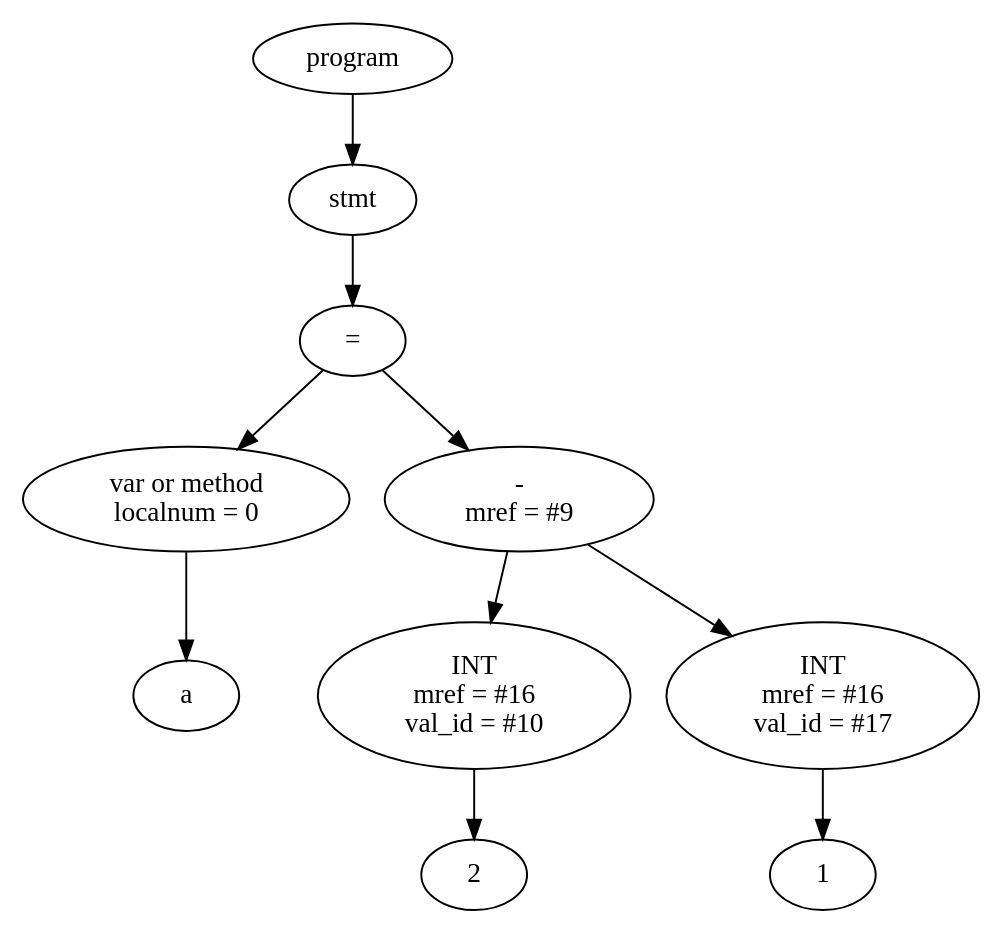
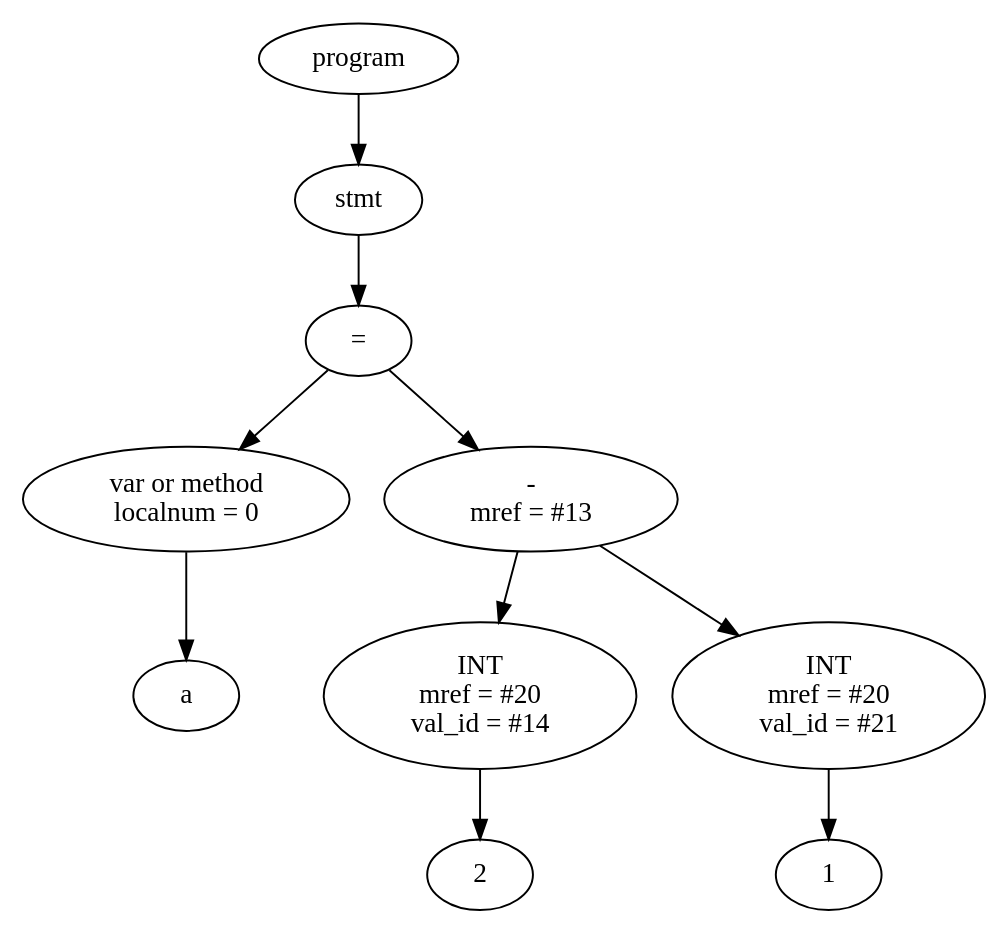
The diagram in RubyCompiler/tree.dot (vitek999/ruby_compiler), drawn with Graphviz before and after one commit. The commit also changed 6 other files, not shown here.

```diff
--- a/RubyCompiler/tree.dot
+++ b/RubyCompiler/tree.dot
@@ -1,21 +1,21 @@
 digraph G {
-Id01143D38 [label="program"]
-Id01143CA8 [label="stmt"]
-Id01143C48 [label="="]
-Id01135178 [label="var or method\n localnum = 0"]
-IdVal01135178 [label="a"]
-Id01135178->IdVal01135178
-Id01143BE8 [label="-\n mref = #9"]
-Id01139CE0 [label="INT\n mref = #16\n val_id = #10"]
-IdVal01139CE0 [label="2"]
-Id01139CE0->IdVal01139CE0
-Id01139D40 [label="INT\n mref = #16\n val_id = #17"]
-IdVal01139D40 [label="1"]
-Id01139D40->IdVal01139D40
-Id01143BE8->Id01139CE0
-Id01143BE8->Id01139D40
-Id01143C48->Id01135178
-Id01143C48->Id01143BE8
-Id01143CA8->Id01143C48
-Id01143D38->Id01143CA8
+Id01788B88 [label="program"]
+Id01793DA0 [label="stmt"]
+Id01793D40 [label="="]
+Id01793BC0 [label="var or method\n localnum = 0"]
+IdVal01793BC0 [label="a"]
+Id01793BC0->IdVal01793BC0
+Id01793CE0 [label="-\n mref = #13"]
+Id01793C20 [label="INT\n mref = #20\n val_id = #14"]
+IdVal01793C20 [label="2"]
+Id01793C20->IdVal01793C20
+Id01793C80 [label="INT\n mref = #20\n val_id = #21"]
+IdVal01793C80 [label="1"]
+Id01793C80->IdVal01793C80
+Id01793CE0->Id01793C20
+Id01793CE0->Id01793C80
+Id01793D40->Id01793BC0
+Id01793D40->Id01793CE0
+Id01793DA0->Id01793D40
+Id01788B88->Id01793DA0
 }
```
